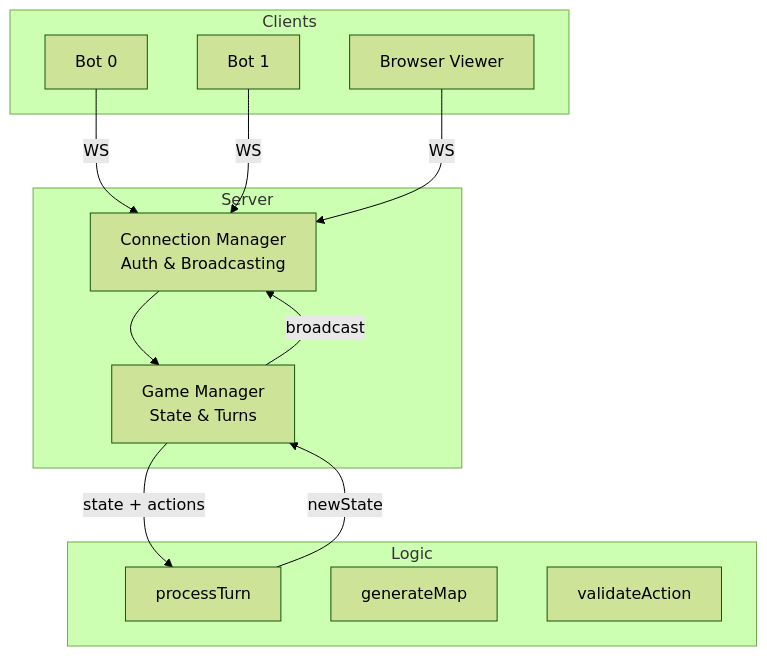
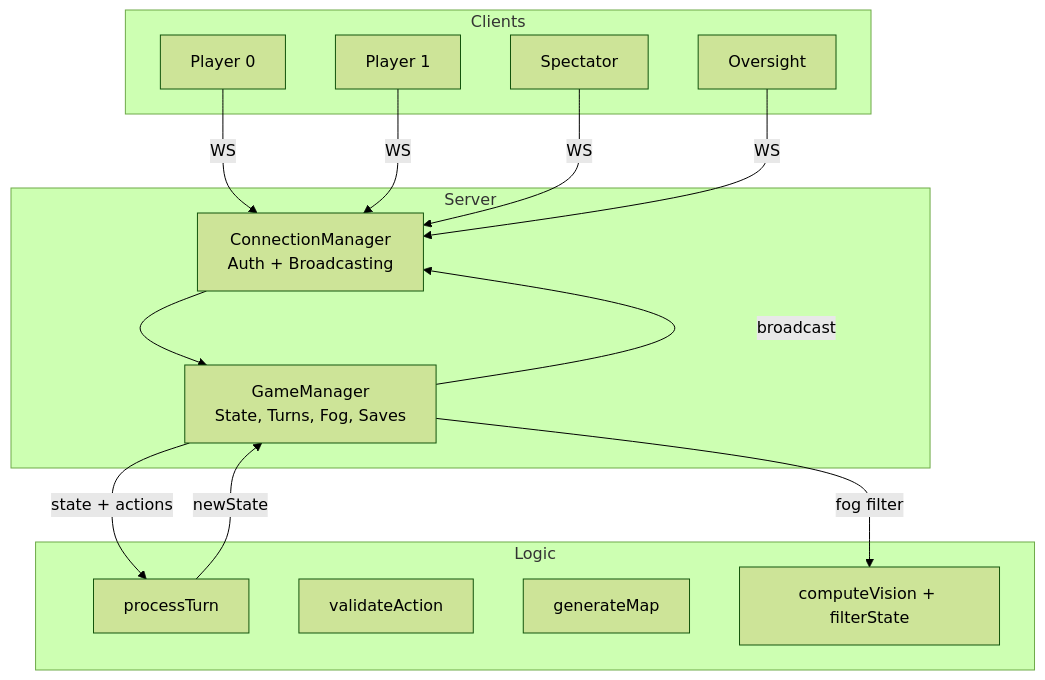
One commit to AIBG-Vault/Civilisation-Clash changed the diagram in docs/architecture.md. Above: the diagram before and after it, drawn with Mermaid (forest theme). The commit also changed other lines of this file and 18 other files, not shown here.

````diff
--- a/docs/architecture.md
+++ b/docs/architecture.md
@@ -7,24 +7,28 @@
 ```mermaid
 graph TD
     subgraph Clients
-        A0[Bot 0]
-        A1[Bot 1]
-        V[Browser Viewer]
+        A0[Player 0]
+        A1[Player 1]
+        Sp[Spectator]
+        Ov[Oversight]
     end
     subgraph Server
-        CM[Connection Manager<br/>Auth & Broadcasting]
-        GM[Game Manager<br/>State & Turns]
+        CM[ConnectionManager<br/>Auth + Broadcasting]
+        GM[GameManager<br/>State, Turns, Fog, Saves]
     end
     subgraph Logic
         PT[processTurn]
+        VA[validateAction]
         MG[generateMap]
-        VA[validateAction]
+        VIS[computeVision + filterState]
     end
     A0 -->|WS| CM
     A1 -->|WS| CM
-    V -->|WS| CM
+    Sp -->|WS| CM
+    Ov -->|WS| CM
     CM --> GM
     GM -->|state + actions| PT
     PT -->|newState| GM
+    GM -->|fog filter| VIS
     GM -->|broadcast| CM
 ```
````
